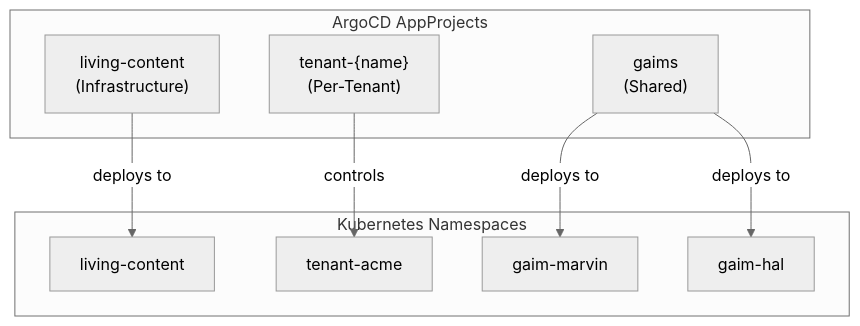
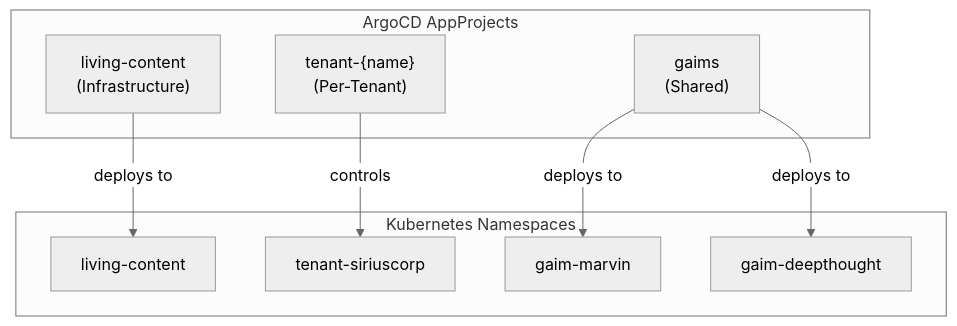
One commit to Living-Content/living-content-architecture changed the second of 6 diagrams in multi-tenancy.md. Above: the diagram before and after it, drawn with Mermaid (neutral theme). The commit also changed other lines of this file and 7 other files, not shown here.

````diff
--- a/multi-tenancy.md
+++ b/multi-tenancy.md
@@ -88,20 +90,20 @@
 ```mermaid
 graph TB
     subgraph projects["ArgoCD AppProjects"]
         INFRA["living-content<br/>(Infrastructure)"]
         TENANT["tenant-{name}<br/>(Per-Tenant)"]
         GAIMS["gaims<br/>(Shared)"]
     end
 
     subgraph namespaces["Kubernetes Namespaces"]
         NS_INFRA["living-content"]
-        NS_TENANT["tenant-acme"]
+        NS_TENANT["tenant-siriuscorp"]
         NS_GAIM1["gaim-marvin"]
-        NS_GAIM2["gaim-hal"]
+        NS_GAIM2["gaim-deepthought"]
     end
 
     INFRA -->|"deploys to"| NS_INFRA
     TENANT -->|"controls"| NS_TENANT
     GAIMS -->|"deploys to"| NS_GAIM1
     GAIMS -->|"deploys to"| NS_GAIM2
 ```
````
